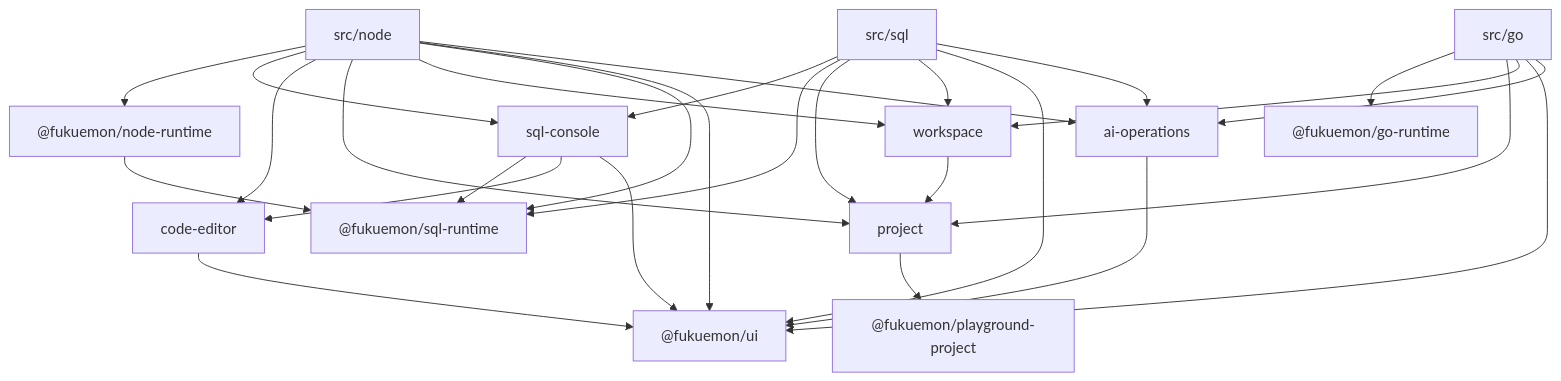
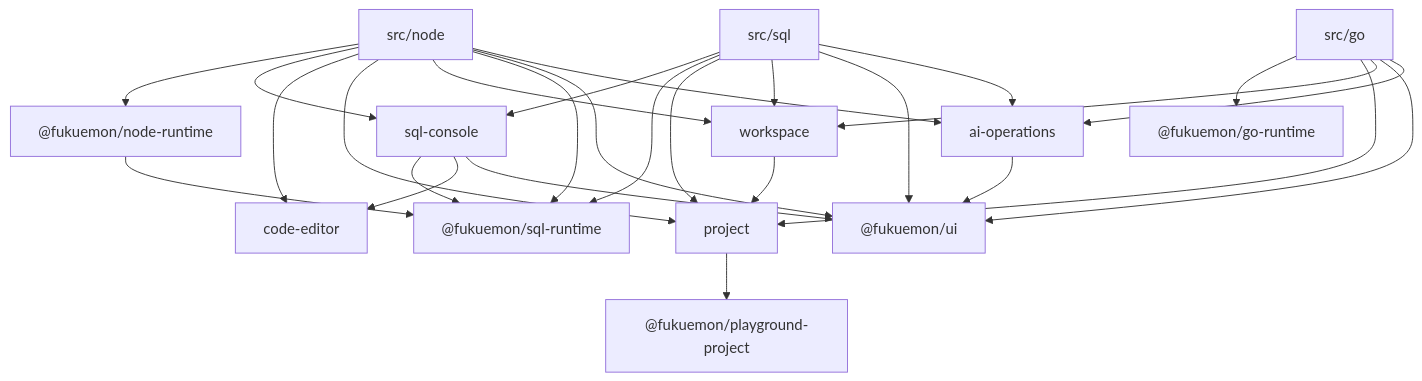
Before and after one commit to Fukuemon/fukuemon.dev: the first of 3 diagrams in apps/playground/DesignDoc.md, drawn with Mermaid. The commit also changed other lines of this file and 1 other file, not shown here.

````diff
--- a/apps/playground/DesignDoc.md
+++ b/apps/playground/DesignDoc.md
@@ -121,44 +121,43 @@
 ```mermaid
 flowchart TB
   node["src/node"]
   sql["src/sql"]
   go["src/go"]
   console["sql-console"]
   codeeditor["code-editor"]
   runtime["@fukuemon/node-runtime"]
   database["@fukuemon/sql-runtime"]
   runner["@fukuemon/go-runtime"]
   project["project"]
   workspace["workspace"]
   ui["@fukuemon/ui"]
   ai["ai-operations"]
   pp["@fukuemon/playground-project"]
 
   node --> runtime
   node --> console
   node --> codeeditor
   node --> project
   node --> workspace
   node --> database
   node --> ui
   node --> ai
   ai --> ui
   sql --> console
   sql --> database
   sql --> project
   sql --> workspace
   sql --> ui
   sql --> ai
   go --> runner
   go --> project
   go --> workspace
   go --> ui
   go --> ai
   console --> database
   console --> codeeditor
   console --> ui
-  codeeditor --> ui
   runtime --> database
   workspace --> project
   project --> pp
 ```
````
